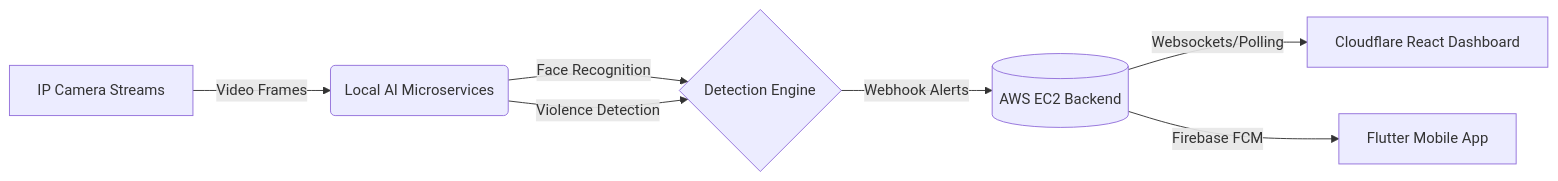
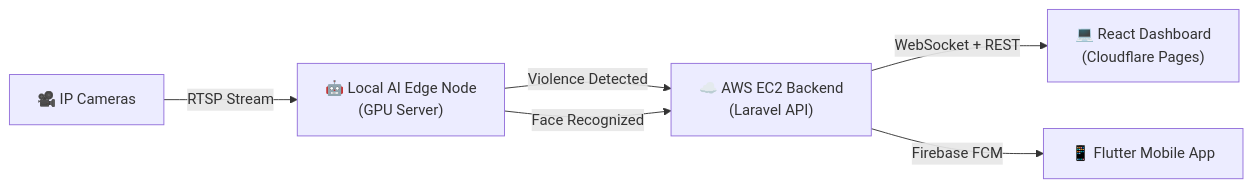
One commit to ahmedarafa11th/SafetyWatch-System changed the diagram in README.md. Above: the diagram before and after it, drawn with Mermaid. The commit also changed other lines of this file and 1 other file, not shown here.

First line of the commit message:
docs: rewrite README with badges, architecture diagrams & setup guide

````diff
--- a/README.md
+++ b/README.md
@@ -11,9 +31,8 @@
 ```mermaid
 graph LR
-    A[IP Camera Streams] -->|Video Frames| B(Local AI Microservices)
-    B -->|Face Recognition| C{Detection Engine}
-    B -->|Violence Detection| C
-    C -->|Webhook Alerts| D[(AWS EC2 Backend)]
-    D -->|Websockets/Polling| E[Cloudflare React Dashboard]
-    D -->|Firebase FCM| F[Flutter Mobile App]
+    A["🎥 IP Cameras"] -->|RTSP Stream| B["🤖 Local AI Edge Node<br/>(GPU Server)"]
+    B -->|Violence Detected| C["☁️ AWS EC2 Backend<br/>(Laravel API)"]
+    B -->|Face Recognized| C
+    C -->|WebSocket + REST| D["💻 React Dashboard<br/>(Cloudflare Pages)"]
+    C -->|Firebase FCM| E["📱 Flutter Mobile App"]
 ```
````
